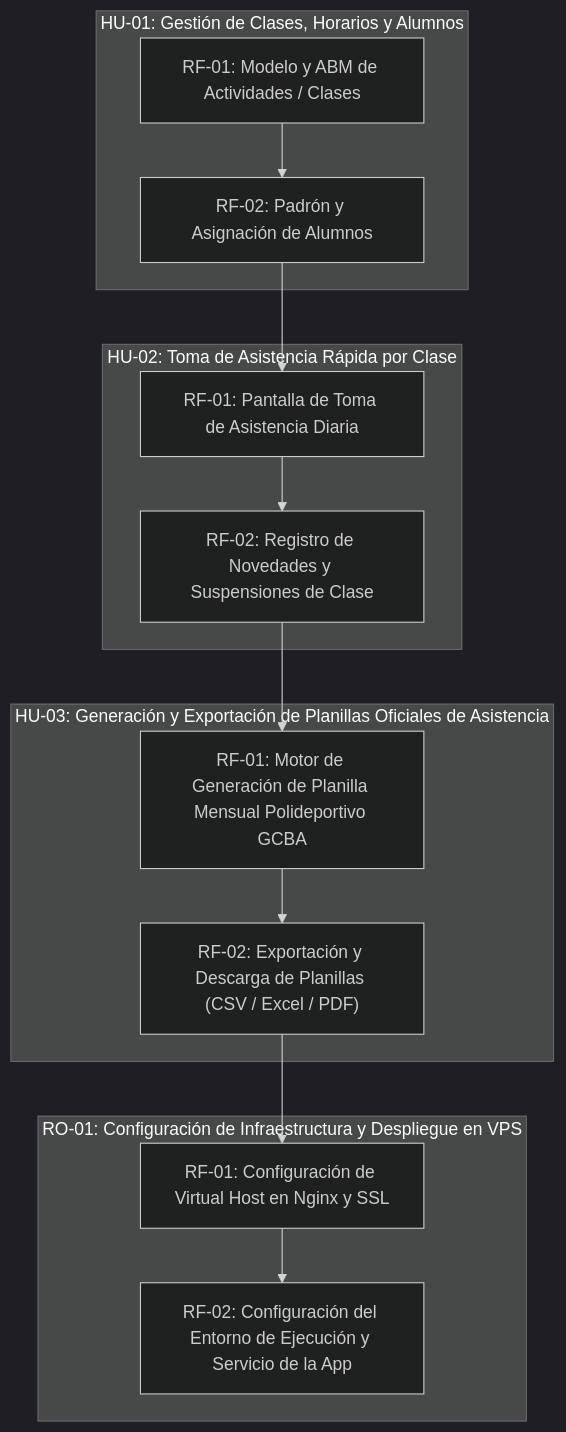
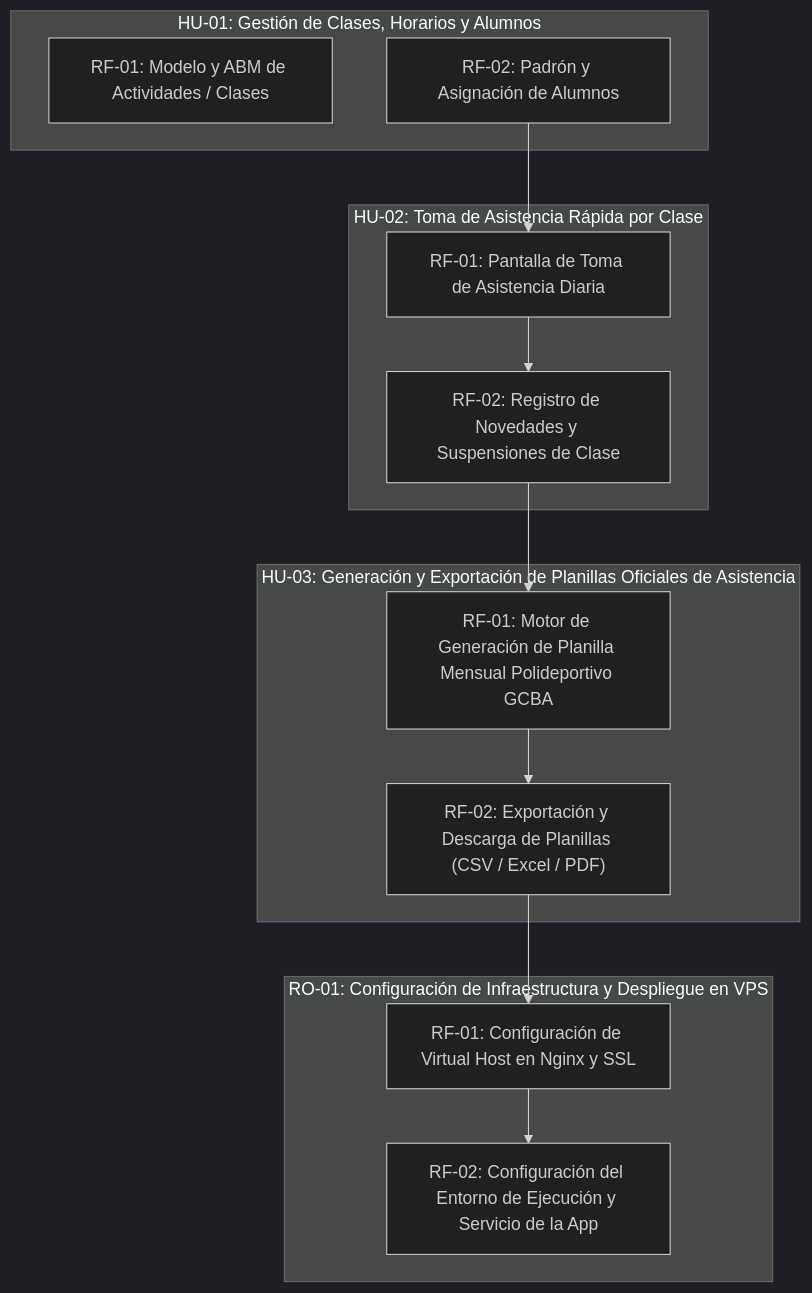
One commit to fiemcasals/fit changed the diagram in scrumDocs/grafo.md. Above: the diagram before and after it, drawn with Mermaid (dark theme). The commit also changed other lines of this file, not shown here.

````diff
--- a/scrumDocs/grafo.md
+++ b/scrumDocs/grafo.md
@@ -5,26 +5,25 @@
 ```mermaid
 graph TD
   subgraph US_1790948668521["HU-01: Gestión de Clases, Horarios y Alumnos"]
     REQ_1790949656542["RF-01: Modelo y ABM de Actividades / Clases"]
     REQ_1790949656650["RF-02: Padrón y Asignación de Alumnos"]
   end
   subgraph US_1790948668690["HU-02: Toma de Asistencia Rápida por Clase"]
     REQ_1790949656797["RF-01: Pantalla de Toma de Asistencia Diaria"]
     REQ_1790949656976["RF-02: Registro de Novedades y Suspensiones de Clase"]
   end
   subgraph US_1790948668768["HU-03: Generación y Exportación de Planillas Oficiales de Asistencia"]
     REQ_1790949657128["RF-01: Motor de Generación de Planilla Mensual Polideportivo GCBA"]
     REQ_1790949657258["RF-02: Exportación y Descarga de Planillas (CSV / Excel / PDF)"]
   end
   subgraph US_1790948668902["RO-01: Configuración de Infraestructura y Despliegue en VPS"]
     REQ_1790948668917["RF-01: Configuración de Virtual Host en Nginx y SSL"]
     REQ_1790949657375["RF-02: Configuración del Entorno de Ejecución y Servicio de la App"]
   end
-  REQ_1790949656542 --> REQ_1790949656650
   REQ_1790949656650 --> REQ_1790949656797
   REQ_1790949656797 --> REQ_1790949656976
   REQ_1790949656976 --> REQ_1790949657128
   REQ_1790949657128 --> REQ_1790949657258
   REQ_1790949657258 --> REQ_1790948668917
   REQ_1790948668917 --> REQ_1790949657375
 ```
````
